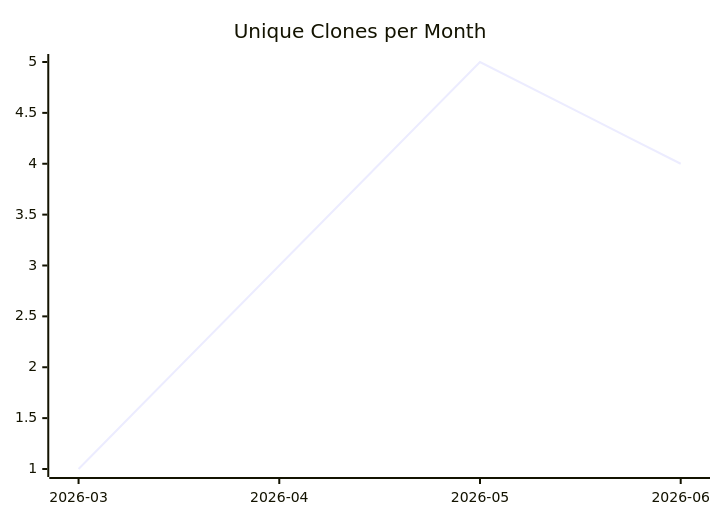
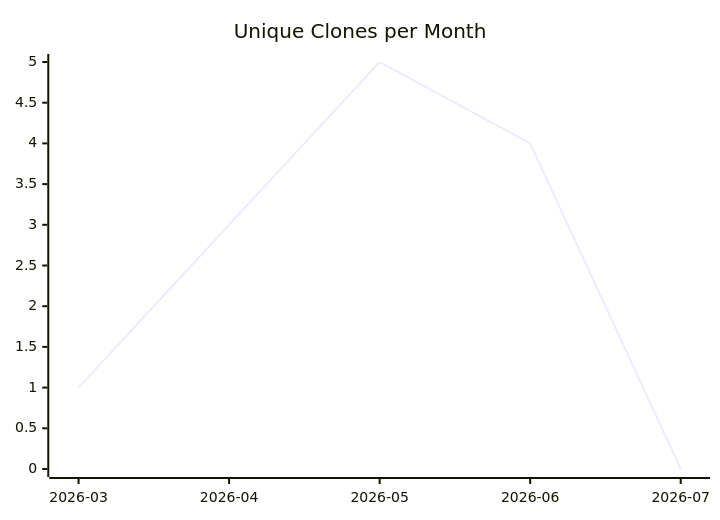
One commit to justdavis-family/github-analytics-data changed the third of 3 diagrams in karlmdavis/liquibase/README.md. Above: the diagram before and after it, drawn with Mermaid. The commit also changed other lines of this file and 199 other files, not shown here.

````diff
--- a/karlmdavis/liquibase/README.md
+++ b/karlmdavis/liquibase/README.md
@@ -19,6 +19,6 @@
 ```mermaid
 xychart-beta
   title "Unique Clones per Month"
-  x-axis ["2026-03", "2026-04", "2026-05", "2026-06"]
-  line [1, 3, 5, 4]
+  x-axis ["2026-03", "2026-04", "2026-05", "2026-06", "2026-07"]
+  line [1, 3, 5, 4, 0]
 ```
````
